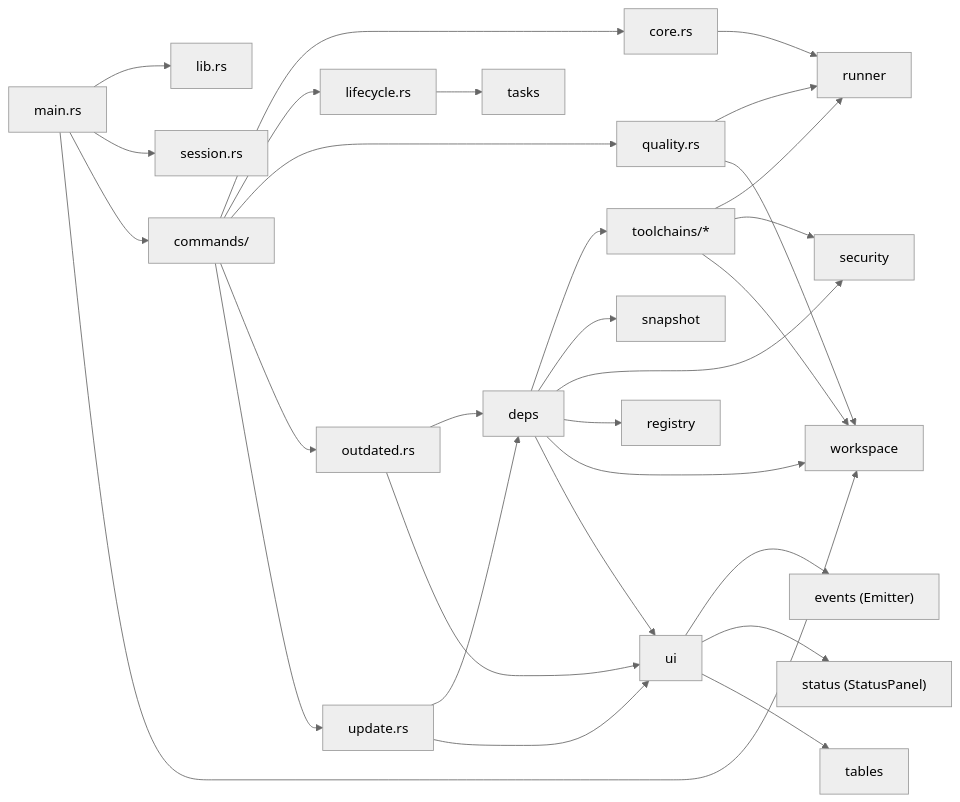
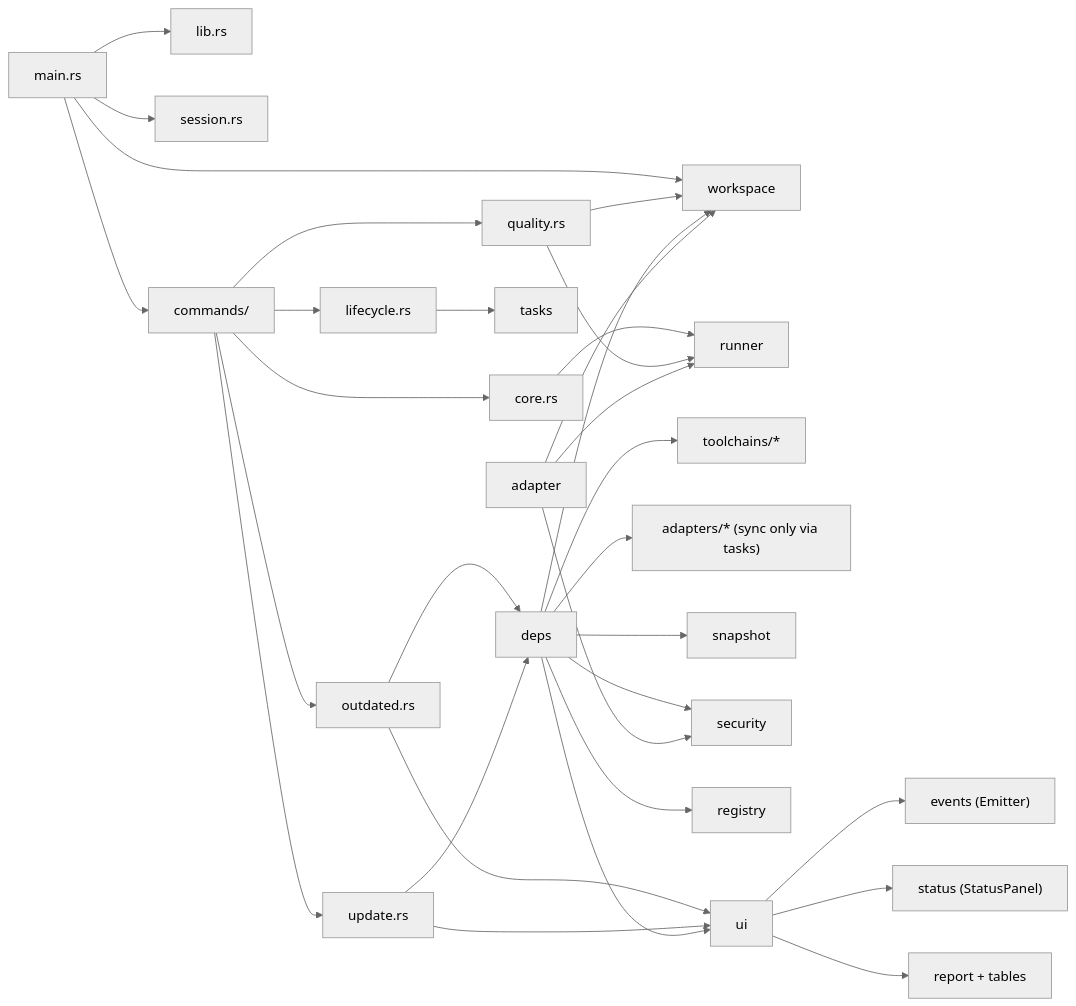
The third of 3 diagrams in packages/cli/README.md (luckgrid/luna), drawn with Mermaid (neutral theme) before and after one commit. The commit also changed other lines of this file and 17 other files, not shown here.

````diff
--- a/packages/cli/README.md
+++ b/packages/cli/README.md
@@ -182,37 +227,38 @@
 ```mermaid
 graph LR
     main["main.rs"] --> lib["lib.rs"]
     main --> session["session.rs"]
     main --> cmd["commands/"]
     main --> ws["workspace"]
 
     cmd --> core["core.rs"]
     cmd --> lifecycle["lifecycle.rs"]
     cmd --> quality["quality.rs"]
     cmd --> outdated_cmd["outdated.rs"]
     cmd --> update_cmd["update.rs"]
 
     core --> runner["runner"]
     lifecycle --> tasks["tasks"]
     quality --> runner
     quality --> ws
     outdated_cmd --> deps["deps"]
     update_cmd --> deps
-    deps --> adapter["toolchains/*"]
+    deps --> toolchains["toolchains/*"]
+    deps --> adapters["adapters/* (sync only via tasks)"]
     deps --> snapshot["snapshot"]
     deps --> security["security"]
     deps --> registry["registry"]
     deps --> ws
 
     adapter --> runner
     adapter --> security
     adapter --> ws
 
     outdated_cmd --> ui["ui"]
     update_cmd --> ui
     deps --> ui
 
     ui --> emitter["events (Emitter)"]
     ui --> panel["status (StatusPanel)"]
-    ui --> tables["tables"]
+    ui --> report["report + tables"]
 ```
````
